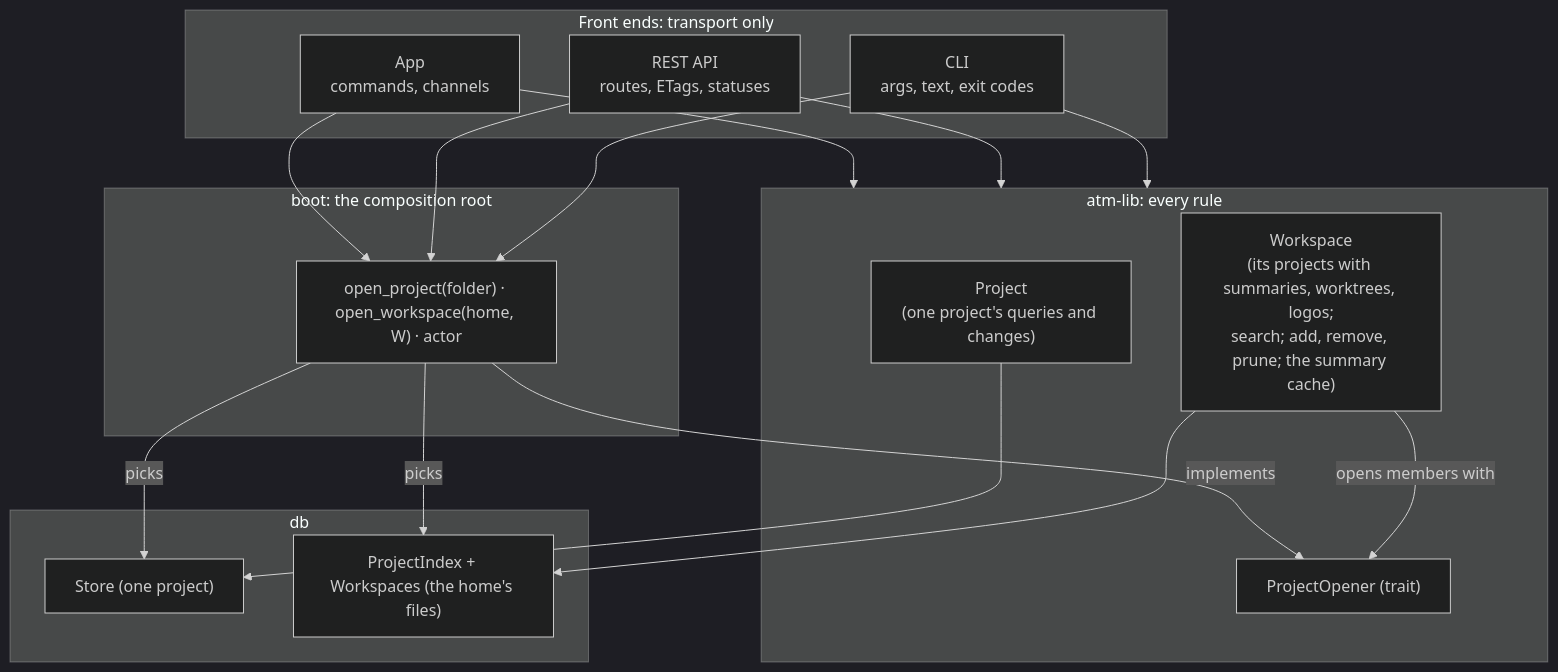
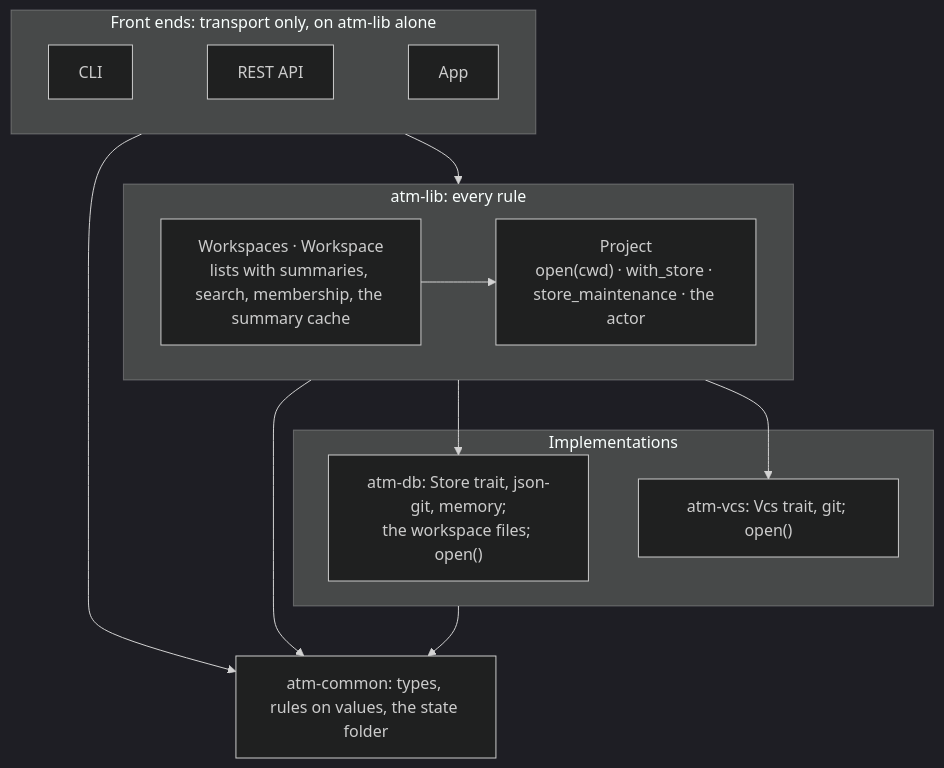
One commit to solo-swe/agentic-task-manager changed the third of 4 diagrams in docs/adr/ADR-003-workspaces.md. Above: the diagram before and after it, drawn with Mermaid (dark theme). The commit also changed other lines of this file, not shown here.

Commit message:
docs(T-489): ADR-003 rewritten: workspaces as state, no project index, no boot

````diff
--- a/docs/adr/ADR-003-workspaces.md
+++ b/docs/adr/ADR-003-workspaces.md
@@ -78,26 +128,19 @@
 ```mermaid
 flowchart TB
-  subgraph front["Front ends: transport only"]
-    CLI["CLI<br/>args, text, exit codes"]
-    API["REST API<br/>routes, ETags, statuses"]
-    APP["App<br/>commands, channels"]
+  subgraph front["Front ends: transport only, on atm-lib alone"]
+    CLI["CLI"] ~~~ API["REST API"] ~~~ APP["App"]
   end
   subgraph lib["atm-lib: every rule"]
-    P["Project<br/>(one project's queries and changes)"]
-    W["Workspace<br/>(its projects with summaries, worktrees, logos;<br/>search; add, remove, prune; the summary cache)"]
-    W -->|"opens members with"| O["ProjectOpener (trait)"]
+    WS["Workspaces · Workspace<br/>lists with summaries, search, membership, the summary cache"]
+    P["Project<br/>open(cwd) · with_store · store_maintenance · the actor"]
+    WS --> P
   end
-  subgraph boot["boot: the composition root"]
-    B["open_project(folder) · open_workspace(home, W) · actor"]
+  subgraph impl["Implementations"]
+    DB["atm-db: Store trait, json-git, memory;<br/>the workspace files; open()"]
+    VCS["atm-vcs: Vcs trait, git; open()"]
   end
-  subgraph db["db"]
-    S["Store (one project)"]
-    I["ProjectIndex + Workspaces (the home's files)"]
-  end
-  CLI & API & APP --> lib
-  CLI & API & APP --> B
-  B -->|"picks"| S & I
-  B -->|"implements"| O
-  W --> I
-  P --> S
+  front --> lib
+  lib --> DB & VCS
+  CMN["atm-common: types, rules on values, the state folder"]
+  front & lib & impl --> CMN
 ```
````
